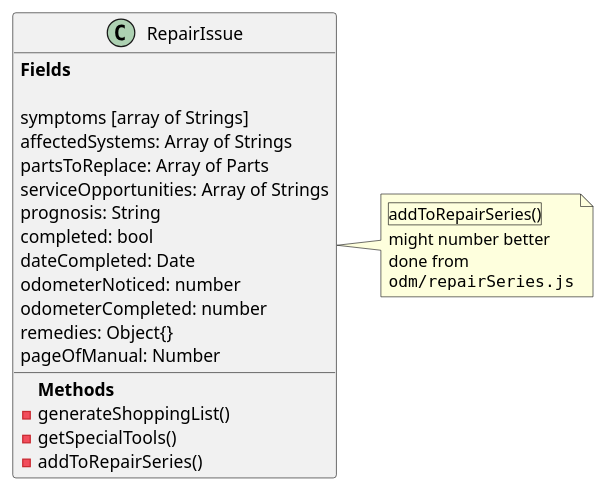
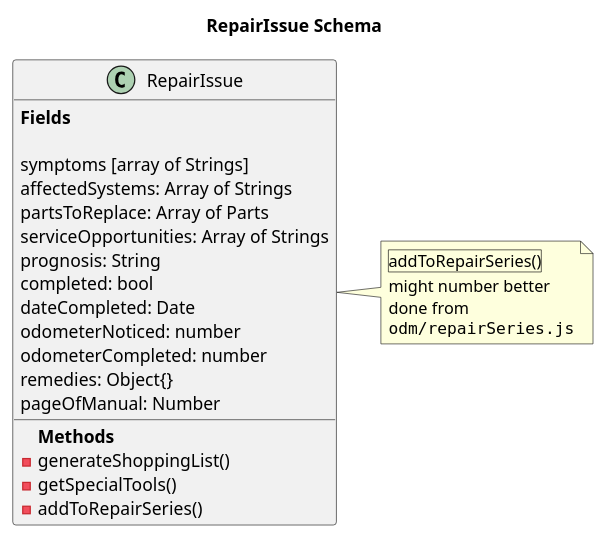
The diagram in src/app/odm/uml/repairIssue.puml (TwoFistedJustice/manifold), drawn with PlantUML before and after one commit. The commit also changed 6 other files, not shown here.

Commit message:
Added titles to schema diagrams

```diff
--- a/src/app/odm/uml/repairIssue.puml
+++ b/src/app/odm/uml/repairIssue.puml
@@ -1,36 +1,36 @@
 @startuml
-
+title  RepairIssue Schema
 
 class RepairIssue {
 {field}<b>Fields</b>
 
 symptoms [array of Strings]
 affectedSystems: Array of Strings
 partsToReplace: Array of Parts
 serviceOpportunities: Array of Strings
 prognosis: String
 completed: bool
 dateCompleted: Date
 odometerNoticed: number
 odometerCompleted: number
 remedies: Object{}
 pageOfManual: Number
 
 
 
 {method}<b>Methods</b>
 - generateShoppingList()
 - getSpecialTools()
 - addToRepairSeries()
 }
 
 
 note right
 |addToRepairSeries()|
 might number better
 done from
 ""odm/repairSeries.js""
 end note
 
 
 @enduml
```
